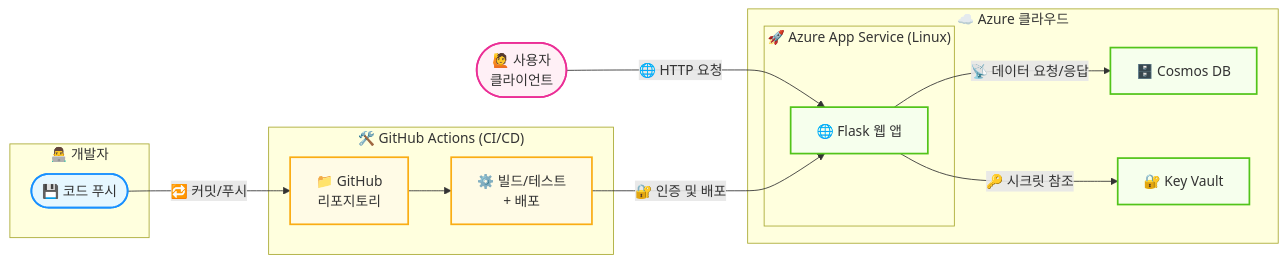
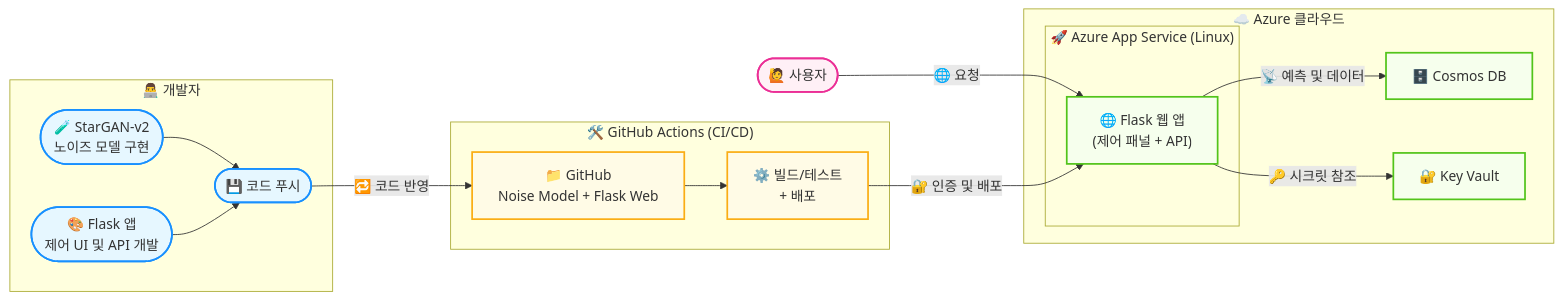
Before and after one commit to hyundairotemai2/AIFAKER: the second of 3 diagrams in README.md, drawn with Mermaid.

````diff
--- a/README.md
+++ b/README.md
@@ -32,41 +32,44 @@
 ```mermaid
 flowchart LR
-    %% 👨‍💻 개발자
+    %% 👨‍💻 개발자 상세 구성
     subgraph Developer ["👨‍💻 개발자"]
-        dev(["💾 코드 푸시"])
+        dev1(["🧪 StarGAN-v2<br/>노이즈 모델 구현"])
+        dev2(["🎨 Flask 앱<br/>제어 UI 및 API 개발"])
+        dev3(["💾 코드 푸시"])
+        dev1 --> dev3
+        dev2 --> dev3
     end
 
-    %% 🛠️ GitHub Actions CI/CD
+    %% CI/CD
     subgraph GitHub_CI_CD ["🛠️ GitHub Actions (CI/CD)"]
-        repo["📁 GitHub<br/>리포지토리"]
+        repo["📁 GitHub<br/>Noise Model + Flask Web"]
         workflow["⚙️ 빌드/테스트<br/>+ 배포"]
         repo --> workflow
     end
 
-    %% ☁️ Azure 클라우드
+    %% Azure
     subgraph Azure_Cloud ["☁️ Azure 클라우드"]
         subgraph App_Service ["🚀 Azure App Service (Linux)"]
-            app["🌐 Flask 웹 앱"]
+            app["🌐 Flask 웹 앱<br/>(제어 패널 + API)"]
         end
         db["🗄️ Cosmos DB"]
         kv["🔐 Key Vault"]
     end
 
-    %% 🙋 사용자
-    user(["🙋 사용자<br/>클라이언트"]) -->|🌐 HTTP 요청| app
-    app -->|📡 데이터 요청/응답| db
+    user(["🙋 사용자"]) -->|🌐 요청| app
+    app -->|📡 예측 및 데이터| db
     app -->|🔑 시크릿 참조| kv
-    dev -->|🔁 커밋/푸시| repo
+    dev3 -->|🔁 코드 반영| repo
     workflow -->|🔐 인증 및 배포| app
 
-    %% 🎨 스타일링
+    %% 스타일
     classDef developer fill:#e6f7ff,stroke:#1890ff,stroke-width:2px;
     classDef github fill:#fffbe6,stroke:#faad14,stroke-width:2px;
     classDef azure fill:#f6ffed,stroke:#52c41a,stroke-width:2px;
     classDef user fill:#fff0f6,stroke:#eb2f96,stroke-width:2px;
 
-    class dev developer;
+    class dev1,dev2,dev3 developer;
     class repo,workflow github;
     class app,db,kv azure;
     class user user;
 ```
````
